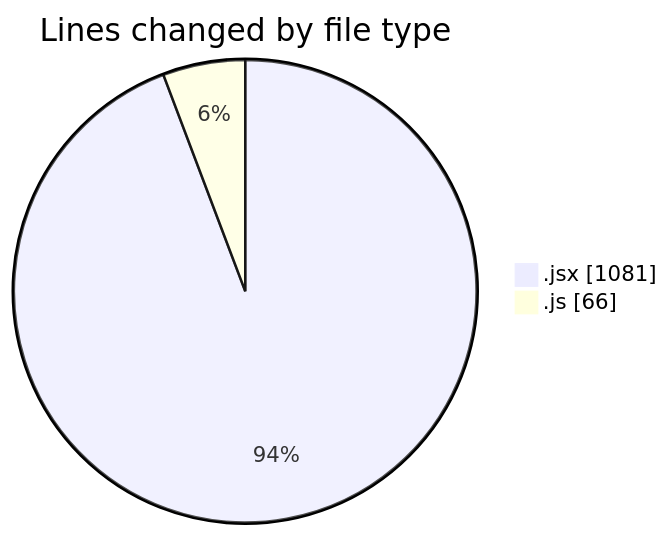
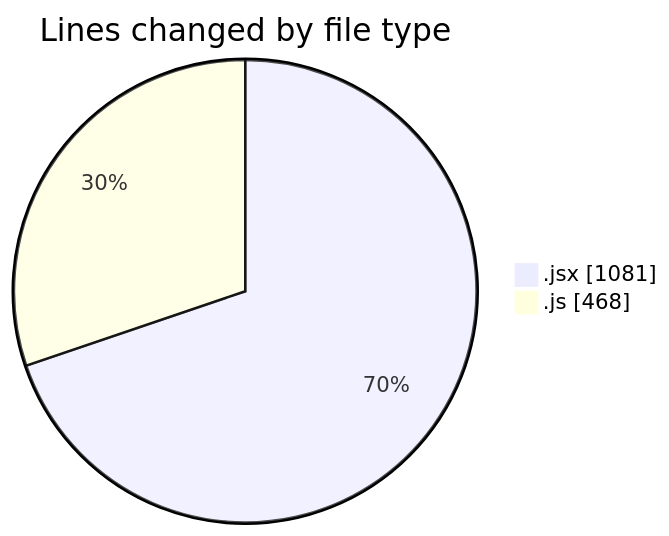
Before and after one commit to nxtqubesakshisongat/code-tracking: the first of 2 diagrams in 2025-08-18/nxtqube_webapp/README.md, drawn with Mermaid. The commit also changed other lines of this file and 1 other file, not shown here.

````diff
--- a/2025-08-18/nxtqube_webapp/README.md
+++ b/2025-08-18/nxtqube_webapp/README.md
@@ -22,6 +23,6 @@
 ```mermaid
 pie showData
 title Lines changed by file type
 ".jsx" : 1081
-".js" : 66
+".js" : 468
 ```
````
